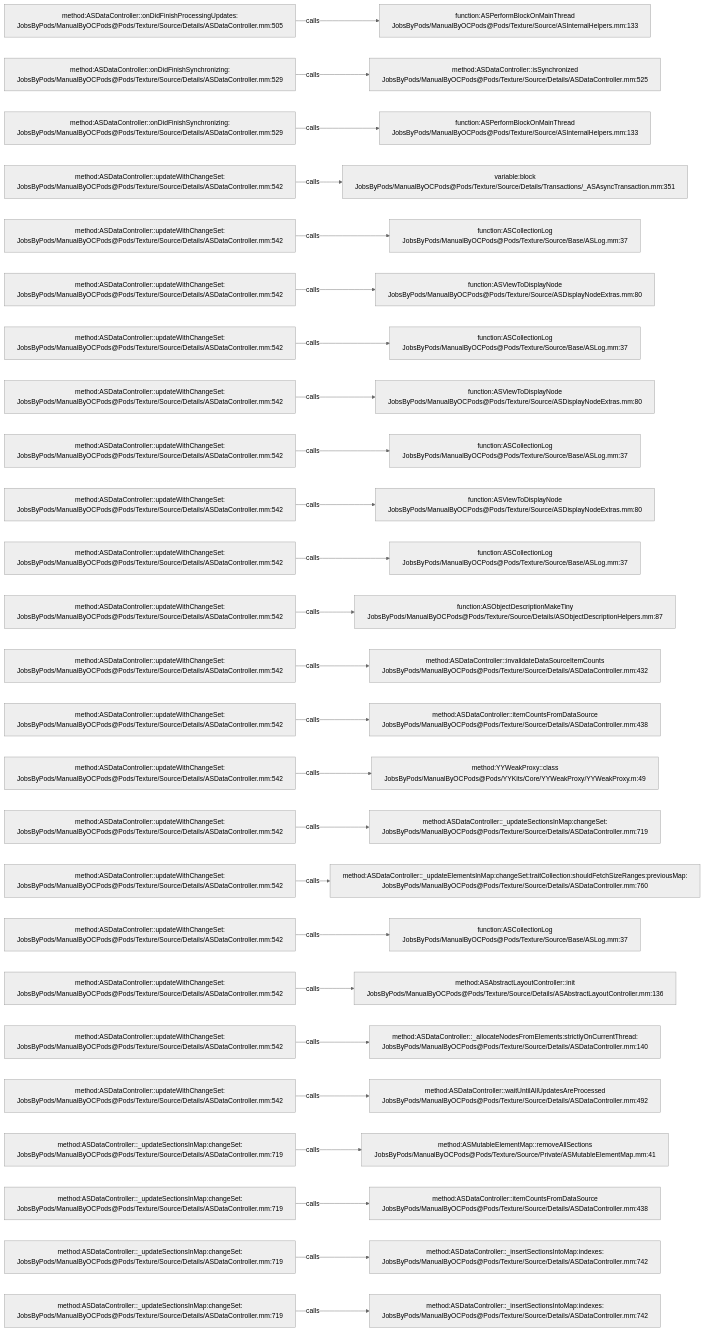
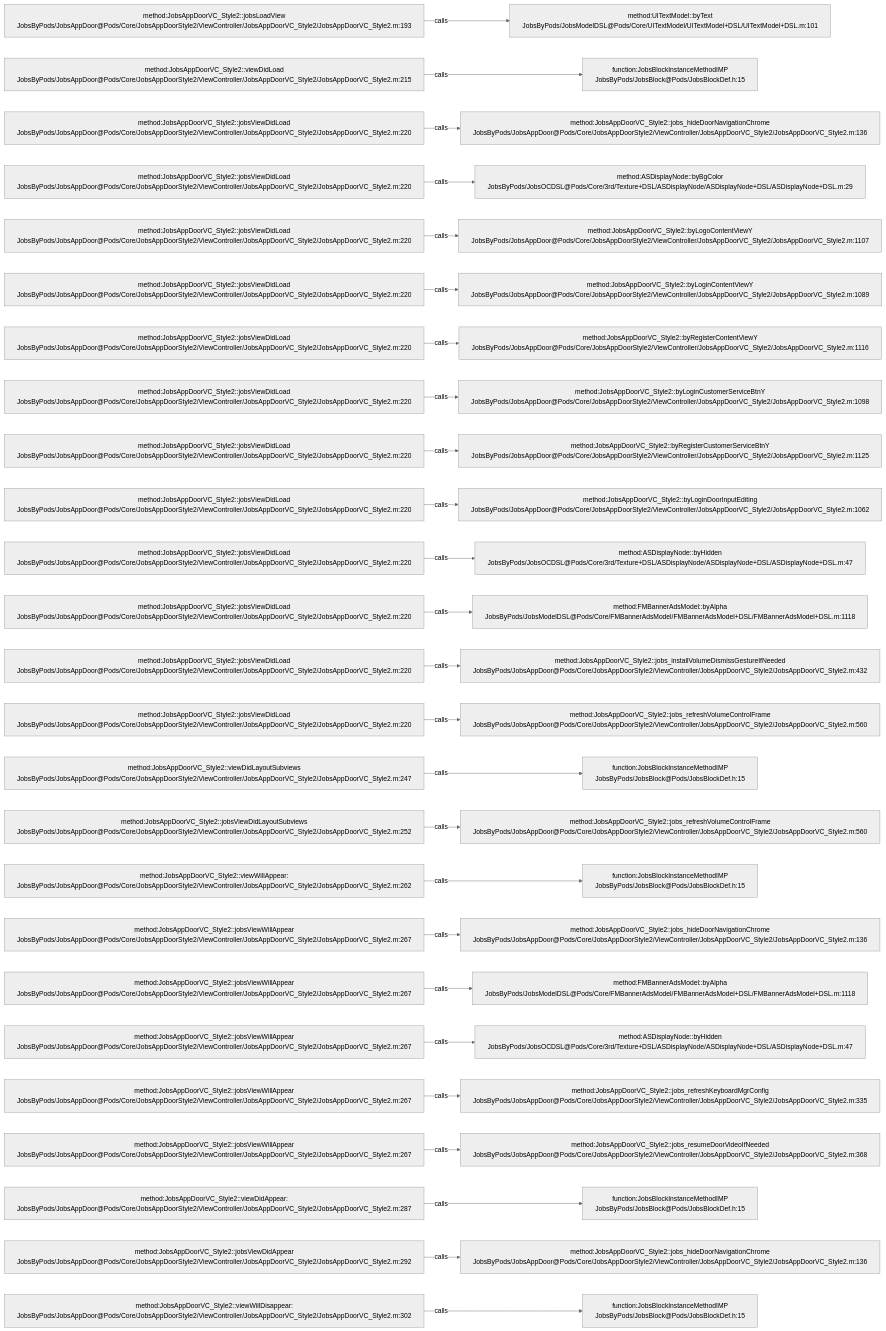
Before and after one commit to JobsKits/JobsOCBaseConfigDemo: the diagram in .codegraph/codegraph.md/graphs/calls-139.md, drawn with Mermaid (neutral theme). The commit also changed 768 other files, not shown here.

````diff
--- a/.codegraph/codegraph.md/graphs/calls-139.md
+++ b/.codegraph/codegraph.md/graphs/calls-139.md
@@ -13,78 +13,78 @@
 ```mermaid
 flowchart LR
-  S1["method:ASDataController::onDidFinishProcessingUpdates:<br/>JobsByPods/ManualByOCPods@Pods/Texture/Source/Details/ASDataController.mm:505"]
-  T1["function:ASPerformBlockOnMainThread<br/>JobsByPods/ManualByOCPods@Pods/Texture/Source/ASInternalHelpers.mm:133"]
+  S1["method:JobsAppDoorVC_Style2::jobsLoadView<br/>JobsByPods/JobsAppDoor@Pods/Core/JobsAppDoorStyle2/ViewController/JobsAppDoorVC_Style2/JobsAppDoorVC_Style2.m:193"]
+  T1["method:UITextModel::byText<br/>JobsByPods/JobsModelDSL@Pods/Core/UITextModel/UITextModel+DSL/UITextModel+DSL.m:101"]
   S1 -->|calls| T1
-  S2["method:ASDataController::onDidFinishSynchronizing:<br/>JobsByPods/ManualByOCPods@Pods/Texture/Source/Details/ASDataController.mm:529"]
-  T2["method:ASDataController::isSynchronized<br/>JobsByPods/ManualByOCPods@Pods/Texture/Source/Details/ASDataController.mm:525"]
+  S2["method:JobsAppDoorVC_Style2::viewDidLoad<br/>JobsByPods/JobsAppDoor@Pods/Core/JobsAppDoorStyle2/ViewController/JobsAppDoorVC_Style2/JobsAppDoorVC_Style2.m:215"]
+  T2["function:JobsBlockInstanceMethodIMP<br/>JobsByPods/JobsBlock@Pods/JobsBlockDef.h:15"]
   S2 -->|calls| T2
-  S3["method:ASDataController::onDidFinishSynchronizing:<br/>JobsByPods/ManualByOCPods@Pods/Texture/Source/Details/ASDataController.mm:529"]
-  T3["function:ASPerformBlockOnMainThread<br/>JobsByPods/ManualByOCPods@Pods/Texture/Source/ASInternalHelpers.mm:133"]
+  S3["method:JobsAppDoorVC_Style2::jobsViewDidLoad<br/>JobsByPods/JobsAppDoor@Pods/Core/JobsAppDoorStyle2/ViewController/JobsAppDoorVC_Style2/JobsAppDoorVC_Style2.m:220"]
+  T3["method:JobsAppDoorVC_Style2::jobs_hideDoorNavigationChrome<br/>JobsByPods/JobsAppDoor@Pods/Core/JobsAppDoorStyle2/ViewController/JobsAppDoorVC_Style2/JobsAppDoorVC_Style2.m:136"]
   S3 -->|calls| T3
-  S4["method:ASDataController::updateWithChangeSet:<br/>JobsByPods/ManualByOCPods@Pods/Texture/Source/Details/ASDataController.mm:542"]
-  T4["variable:block<br/>JobsByPods/ManualByOCPods@Pods/Texture/Source/Details/Transactions/_ASAsyncTransaction.mm:351"]
+  S4["method:JobsAppDoorVC_Style2::jobsViewDidLoad<br/>JobsByPods/JobsAppDoor@Pods/Core/JobsAppDoorStyle2/ViewController/JobsAppDoorVC_Style2/JobsAppDoorVC_Style2.m:220"]
+  T4["method:ASDisplayNode::byBgColor<br/>JobsByPods/JobsOCDSL@Pods/Core/3rd/Texture+DSL/ASDisplayNode/ASDisplayNode+DSL/ASDisplayNode+DSL.m:29"]
   S4 -->|calls| T4
-  S5["method:ASDataController::updateWithChangeSet:<br/>JobsByPods/ManualByOCPods@Pods/Texture/Source/Details/ASDataController.mm:542"]
-  T5["function:ASCollectionLog<br/>JobsByPods/ManualByOCPods@Pods/Texture/Source/Base/ASLog.mm:37"]
+  S5["method:JobsAppDoorVC_Style2::jobsViewDidLoad<br/>JobsByPods/JobsAppDoor@Pods/Core/JobsAppDoorStyle2/ViewController/JobsAppDoorVC_Style2/JobsAppDoorVC_Style2.m:220"]
+  T5["method:JobsAppDoorVC_Style2::byLogoContentViewY<br/>JobsByPods/JobsAppDoor@Pods/Core/JobsAppDoorStyle2/ViewController/JobsAppDoorVC_Style2/JobsAppDoorVC_Style2.m:1107"]
   S5 -->|calls| T5
-  S6["method:ASDataController::updateWithChangeSet:<br/>JobsByPods/ManualByOCPods@Pods/Texture/Source/Details/ASDataController.mm:542"]
-  T6["function:ASViewToDisplayNode<br/>JobsByPods/ManualByOCPods@Pods/Texture/Source/ASDisplayNodeExtras.mm:80"]
+  S6["method:JobsAppDoorVC_Style2::jobsViewDidLoad<br/>JobsByPods/JobsAppDoor@Pods/Core/JobsAppDoorStyle2/ViewController/JobsAppDoorVC_Style2/JobsAppDoorVC_Style2.m:220"]
+  T6["method:JobsAppDoorVC_Style2::byLoginContentViewY<br/>JobsByPods/JobsAppDoor@Pods/Core/JobsAppDoorStyle2/ViewController/JobsAppDoorVC_Style2/JobsAppDoorVC_Style2.m:1089"]
   S6 -->|calls| T6
-  S7["method:ASDataController::updateWithChangeSet:<br/>JobsByPods/ManualByOCPods@Pods/Texture/Source/Details/ASDataController.mm:542"]
-  T7["function:ASCollectionLog<br/>JobsByPods/ManualByOCPods@Pods/Texture/Source/Base/ASLog.mm:37"]
+  S7["method:JobsAppDoorVC_Style2::jobsViewDidLoad<br/>JobsByPods/JobsAppDoor@Pods/Core/JobsAppDoorStyle2/ViewController/JobsAppDoorVC_Style2/JobsAppDoorVC_Style2.m:220"]
+  T7["method:JobsAppDoorVC_Style2::byRegisterContentViewY<br/>JobsByPods/JobsAppDoor@Pods/Core/JobsAppDoorStyle2/ViewController/JobsAppDoorVC_Style2/JobsAppDoorVC_Style2.m:1116"]
   S7 -->|calls| T7
-  S8["method:ASDataController::updateWithChangeSet:<br/>JobsByPods/ManualByOCPods@Pods/Texture/Source/Details/ASDataController.mm:542"]
-  T8["function:ASViewToDisplayNode<br/>JobsByPods/ManualByOCPods@Pods/Texture/Source/ASDisplayNodeExtras.mm:80"]
+  S8["method:JobsAppDoorVC_Style2::jobsViewDidLoad<br/>JobsByPods/JobsAppDoor@Pods/Core/JobsAppDoorStyle2/ViewController/JobsAppDoorVC_Style2/JobsAppDoorVC_Style2.m:220"]
+  T8["method:JobsAppDoorVC_Style2::byLoginCustomerServiceBtnY<br/>JobsByPods/JobsAppDoor@Pods/Core/JobsAppDoorStyle2/ViewController/JobsAppDoorVC_Style2/JobsAppDoorVC_Style2.m:1098"]
   S8 -->|calls| T8
-  S9["method:ASDataController::updateWithChangeSet:<br/>JobsByPods/ManualByOCPods@Pods/Texture/Source/Details/ASDataController.mm:542"]
-  T9["function:ASCollectionLog<br/>JobsByPods/ManualByOCPods@Pods/Texture/Source/Base/ASLog.mm:37"]
+  S9["method:JobsAppDoorVC_Style2::jobsViewDidLoad<br/>JobsByPods/JobsAppDoor@Pods/Core/JobsAppDoorStyle2/ViewController/JobsAppDoorVC_Style2/JobsAppDoorVC_Style2.m:220"]
+  T9["method:JobsAppDoorVC_Style2::byRegisterCustomerServiceBtnY<br/>JobsByPods/JobsAppDoor@Pods/Core/JobsAppDoorStyle2/ViewController/JobsAppDoorVC_Style2/JobsAppDoorVC_Style2.m:1125"]
   S9 -->|calls| T9
-  S10["method:ASDataController::updateWithChangeSet:<br/>JobsByPods/ManualByOCPods@Pods/Texture/Source/Details/ASDataController.mm:542"]
-  T10["function:ASViewToDisplayNode<br/>JobsByPods/ManualByOCPods@Pods/Texture/Source/ASDisplayNodeExtras.mm:80"]
+  S10["method:JobsAppDoorVC_Style2::jobsViewDidLoad<br/>JobsByPods/JobsAppDoor@Pods/Core/JobsAppDoorStyle2/ViewController/JobsAppDoorVC_Style2/JobsAppDoorVC_Style2.m:220"]
+  T10["method:JobsAppDoorVC_Style2::byLoginDoorInputEditing<br/>JobsByPods/JobsAppDoor@Pods/Core/JobsAppDoorStyle2/ViewController/JobsAppDoorVC_Style2/JobsAppDoorVC_Style2.m:1062"]
   S10 -->|calls| T10
-  S11["method:ASDataController::updateWithChangeSet:<br/>JobsByPods/ManualByOCPods@Pods/Texture/Source/Details/ASDataController.mm:542"]
-  T11["function:ASCollectionLog<br/>JobsByPods/ManualByOCPods@Pods/Texture/Source/Base/ASLog.mm:37"]
+  S11["method:JobsAppDoorVC_Style2::jobsViewDidLoad<br/>JobsByPods/JobsAppDoor@Pods/Core/JobsAppDoorStyle2/ViewController/JobsAppDoorVC_Style2/JobsAppDoorVC_Style2.m:220"]
+  T11["method:ASDisplayNode::byHidden<br/>JobsByPods/JobsOCDSL@Pods/Core/3rd/Texture+DSL/ASDisplayNode/ASDisplayNode+DSL/ASDisplayNode+DSL.m:47"]
   S11 -->|calls| T11
-  S12["method:ASDataController::updateWithChangeSet:<br/>JobsByPods/ManualByOCPods@Pods/Texture/Source/Details/ASDataController.mm:542"]
-  T12["function:ASObjectDescriptionMakeTiny<br/>JobsByPods/ManualByOCPods@Pods/Texture/Source/Details/ASObjectDescriptionHelpers.mm:87"]
+  S12["method:JobsAppDoorVC_Style2::jobsViewDidLoad<br/>JobsByPods/JobsAppDoor@Pods/Core/JobsAppDoorStyle2/ViewController/JobsAppDoorVC_Style2/JobsAppDoorVC_Style2.m:220"]
+  T12["method:FMBannerAdsModel::byAlpha<br/>JobsByPods/JobsModelDSL@Pods/Core/FMBannerAdsModel/FMBannerAdsModel+DSL/FMBannerAdsModel+DSL.m:1118"]
   S12 -->|calls| T12
-  S13["method:ASDataController::updateWithChangeSet:<br/>JobsByPods/ManualByOCPods@Pods/Texture/Source/Details/ASDataController.mm:542"]
-  T13["method:ASDataController::invalidateDataSourceItemCounts<br/>JobsByPods/ManualByOCPods@Pods/Texture/Source/Details/ASDataController.mm:432"]
+  S13["method:JobsAppDoorVC_Style2::jobsViewDidLoad<br/>JobsByPods/JobsAppDoor@Pods/Core/JobsAppDoorStyle2/ViewController/JobsAppDoorVC_Style2/JobsAppDoorVC_Style2.m:220"]
+  T13["method:JobsAppDoorVC_Style2::jobs_installVolumeDismissGestureIfNeeded<br/>JobsByPods/JobsAppDoor@Pods/Core/JobsAppDoorStyle2/ViewController/JobsAppDoorVC_Style2/JobsAppDoorVC_Style2.m:432"]
   S13 -->|calls| T13
-  S14["method:ASDataController::updateWithChangeSet:<br/>JobsByPods/ManualByOCPods@Pods/Texture/Source/Details/ASDataController.mm:542"]
-  T14["method:ASDataController::itemCountsFromDataSource<br/>JobsByPods/ManualByOCPods@Pods/Texture/Source/Details/ASDataController.mm:438"]
+  S14["method:JobsAppDoorVC_Style2::jobsViewDidLoad<br/>JobsByPods/JobsAppDoor@Pods/Core/JobsAppDoorStyle2/ViewController/JobsAppDoorVC_Style2/JobsAppDoorVC_Style2.m:220"]
+  T14["method:JobsAppDoorVC_Style2::jobs_refreshVolumeControlFrame<br/>JobsByPods/JobsAppDoor@Pods/Core/JobsAppDoorStyle2/ViewController/JobsAppDoorVC_Style2/JobsAppDoorVC_Style2.m:560"]
   S14 -->|calls| T14
-  S15["method:ASDataController::updateWithChangeSet:<br/>JobsByPods/ManualByOCPods@Pods/Texture/Source/Details/ASDataController.mm:542"]
-  T15["method:YYWeakProxy::class<br/>JobsByPods/ManualByOCPods@Pods/YYKits/Core/YYWeakProxy/YYWeakProxy.m:49"]
+  S15["method:JobsAppDoorVC_Style2::viewDidLayoutSubviews<br/>JobsByPods/JobsAppDoor@Pods/Core/JobsAppDoorStyle2/ViewController/JobsAppDoorVC_Style2/JobsAppDoorVC_Style2.m:247"]
+  T15["function:JobsBlockInstanceMethodIMP<br/>JobsByPods/JobsBlock@Pods/JobsBlockDef.h:15"]
   S15 -->|calls| T15
-  S16["method:ASDataController::updateWithChangeSet:<br/>JobsByPods/ManualByOCPods@Pods/Texture/Source/Details/ASDataController.mm:542"]
-  T16["method:ASDataController::_updateSectionsInMap:changeSet:<br/>JobsByPods/ManualByOCPods@Pods/Texture/Source/Details/ASDataController.mm:719"]
+  S16["method:JobsAppDoorVC_Style2::jobsViewDidLayoutSubviews<br/>JobsByPods/JobsAppDoor@Pods/Core/JobsAppDoorStyle2/ViewController/JobsAppDoorVC_Style2/JobsAppDoorVC_Style2.m:252"]
+  T16["method:JobsAppDoorVC_Style2::jobs_refreshVolumeControlFrame<br/>JobsByPods/JobsAppDoor@Pods/Core/JobsAppDoorStyle2/ViewController/JobsAppDoorVC_Style2/JobsAppDoorVC_Style2.m:560"]
   S16 -->|calls| T16
-  S17["method:ASDataController::updateWithChangeSet:<br/>JobsByPods/ManualByOCPods@Pods/Texture/Source/Details/ASDataController.mm:542"]
-  T17["method:ASDataController::_updateElementsInMap:changeSet:traitCollection:shouldFetchSizeRanges:previousMap:<br/>JobsByPods/ManualByOCPods@Pods/Texture/Source/Details/ASDataController.mm:760"]
+  S17["method:JobsAppDoorVC_Style2::viewWillAppear:<br/>JobsByPods/JobsAppDoor@Pods/Core/JobsAppDoorStyle2/ViewController/JobsAppDoorVC_Style2/JobsAppDoorVC_Style2.m:262"]
+  T17["function:JobsBlockInstanceMethodIMP<br/>JobsByPods/JobsBlock@Pods/JobsBlockDef.h:15"]
   S17 -->|calls| T17
-  S18["method:ASDataController::updateWithChangeSet:<br/>JobsByPods/ManualByOCPods@Pods/Texture/Source/Details/ASDataController.mm:542"]
-  T18["function:ASCollectionLog<br/>JobsByPods/ManualByOCPods@Pods/Texture/Source/Base/ASLog.mm:37"]
+  S18["method:JobsAppDoorVC_Style2::jobsViewWillAppear<br/>JobsByPods/JobsAppDoor@Pods/Core/JobsAppDoorStyle2/ViewController/JobsAppDoorVC_Style2/JobsAppDoorVC_Style2.m:267"]
+  T18["method:JobsAppDoorVC_Style2::jobs_hideDoorNavigationChrome<br/>JobsByPods/JobsAppDoor@Pods/Core/JobsAppDoorStyle2/ViewController/JobsAppDoorVC_Style2/JobsAppDoorVC_Style2.m:136"]
   S18 -->|calls| T18
-  S19["method:ASDataController::updateWithChangeSet:<br/>JobsByPods/ManualByOCPods@Pods/Texture/Source/Details/ASDataController.mm:542"]
-  T19["method:ASAbstractLayoutController::init<br/>JobsByPods/ManualByOCPods@Pods/Texture/Source/Details/ASAbstractLayoutController.mm:136"]
+  S19["method:JobsAppDoorVC_Style2::jobsViewWillAppear<br/>JobsByPods/JobsAppDoor@Pods/Core/JobsAppDoorStyle2/ViewController/JobsAppDoorVC_Style2/JobsAppDoorVC_Style2.m:267"]
+  T19["method:FMBannerAdsModel::byAlpha<br/>JobsByPods/JobsModelDSL@Pods/Core/FMBannerAdsModel/FMBannerAdsModel+DSL/FMBannerAdsModel+DSL.m:1118"]
   S19 -->|calls| T19
-  S20["method:ASDataController::updateWithChangeSet:<br/>JobsByPods/ManualByOCPods@Pods/Texture/Source/Details/ASDataController.mm:542"]
-  T20["method:ASDataController::_allocateNodesFromElements:strictlyOnCurrentThread:<br/>JobsByPods/ManualByOCPods@Pods/Texture/Source/Details/ASDataController.mm:140"]
+  S20["method:JobsAppDoorVC_Style2::jobsViewWillAppear<br/>JobsByPods/JobsAppDoor@Pods/Core/JobsAppDoorStyle2/ViewController/JobsAppDoorVC_Style2/JobsAppDoorVC_Style2.m:267"]
+  T20["method:ASDisplayNode::byHidden<br/>JobsByPods/JobsOCDSL@Pods/Core/3rd/Texture+DSL/ASDisplayNode/ASDisplayNode+DSL/ASDisplayNode+DSL.m:47"]
   S20 -->|calls| T20
-  S21["method:ASDataController::updateWithChangeSet:<br/>JobsByPods/ManualByOCPods@Pods/Texture/Source/Details/ASDataController.mm:542"]
-  T21["method:ASDataController::waitUntilAllUpdatesAreProcessed<br/>JobsByPods/ManualByOCPods@Pods/Texture/Source/Details/ASDataController.mm:492"]
+  S21["method:JobsAppDoorVC_Style2::jobsViewWillAppear<br/>JobsByPods/JobsAppDoor@Pods/Core/JobsAppDoorStyle2/ViewController/JobsAppDoorVC_Style2/JobsAppDoorVC_Style2.m:267"]
+  T21["method:JobsAppDoorVC_Style2::jobs_refreshKeyboardMgrConfig<br/>JobsByPods/JobsAppDoor@Pods/Core/JobsAppDoorStyle2/ViewController/JobsAppDoorVC_Style2/JobsAppDoorVC_Style2.m:335"]
   S21 -->|calls| T21
-  S22["method:ASDataController::_updateSectionsInMap:changeSet:<br/>JobsByPods/ManualByOCPods@Pods/Texture/Source/Details/ASDataController.mm:719"]
-  T22["method:ASMutableElementMap::removeAllSections<br/>JobsByPods/ManualByOCPods@Pods/Texture/Source/Private/ASMutableElementMap.mm:41"]
+  S22["method:JobsAppDoorVC_Style2::jobsViewWillAppear<br/>JobsByPods/JobsAppDoor@Pods/Core/JobsAppDoorStyle2/ViewController/JobsAppDoorVC_Style2/JobsAppDoorVC_Style2.m:267"]
+  T22["method:JobsAppDoorVC_Style2::jobs_resumeDoorVideoIfNeeded<br/>JobsByPods/JobsAppDoor@Pods/Core/JobsAppDoorStyle2/ViewController/JobsAppDoorVC_Style2/JobsAppDoorVC_Style2.m:368"]
   S22 -->|calls| T22
-  S23["method:ASDataController::_updateSectionsInMap:changeSet:<br/>JobsByPods/ManualByOCPods@Pods/Texture/Source/Details/ASDataController.mm:719"]
-  T23["method:ASDataController::itemCountsFromDataSource<br/>JobsByPods/ManualByOCPods@Pods/Texture/Source/Details/ASDataController.mm:438"]
+  S23["method:JobsAppDoorVC_Style2::viewDidAppear:<br/>JobsByPods/JobsAppDoor@Pods/Core/JobsAppDoorStyle2/ViewController/JobsAppDoorVC_Style2/JobsAppDoorVC_Style2.m:287"]
+  T23["function:JobsBlockInstanceMethodIMP<br/>JobsByPods/JobsBlock@Pods/JobsBlockDef.h:15"]
   S23 -->|calls| T23
-  S24["method:ASDataController::_updateSectionsInMap:changeSet:<br/>JobsByPods/ManualByOCPods@Pods/Texture/Source/Details/ASDataController.mm:719"]
-  T24["method:ASDataController::_insertSectionsIntoMap:indexes:<br/>JobsByPods/ManualByOCPods@Pods/Texture/Source/Details/ASDataController.mm:742"]
+  S24["method:JobsAppDoorVC_Style2::jobsViewDidAppear<br/>JobsByPods/JobsAppDoor@Pods/Core/JobsAppDoorStyle2/ViewController/JobsAppDoorVC_Style2/JobsAppDoorVC_Style2.m:292"]
+  T24["method:JobsAppDoorVC_Style2::jobs_hideDoorNavigationChrome<br/>JobsByPods/JobsAppDoor@Pods/Core/JobsAppDoorStyle2/ViewController/JobsAppDoorVC_Style2/JobsAppDoorVC_Style2.m:136"]
   S24 -->|calls| T24
-  S25["method:ASDataController::_updateSectionsInMap:changeSet:<br/>JobsByPods/ManualByOCPods@Pods/Texture/Source/Details/ASDataController.mm:719"]
-  T25["method:ASDataController::_insertSectionsIntoMap:indexes:<br/>JobsByPods/ManualByOCPods@Pods/Texture/Source/Details/ASDataController.mm:742"]
+  S25["method:JobsAppDoorVC_Style2::viewWillDisappear:<br/>JobsByPods/JobsAppDoor@Pods/Core/JobsAppDoorStyle2/ViewController/JobsAppDoorVC_Style2/JobsAppDoorVC_Style2.m:302"]
+  T25["function:JobsBlockInstanceMethodIMP<br/>JobsByPods/JobsBlock@Pods/JobsBlockDef.h:15"]
   S25 -->|calls| T25
 ```
````
